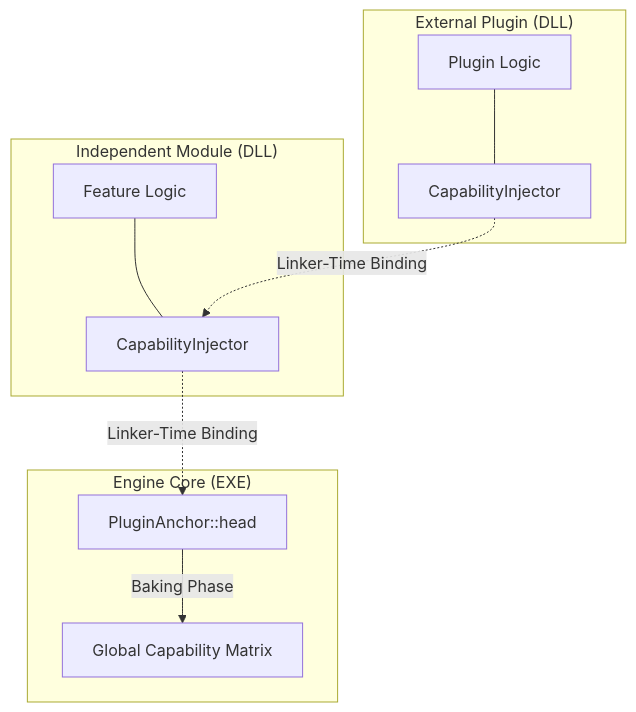
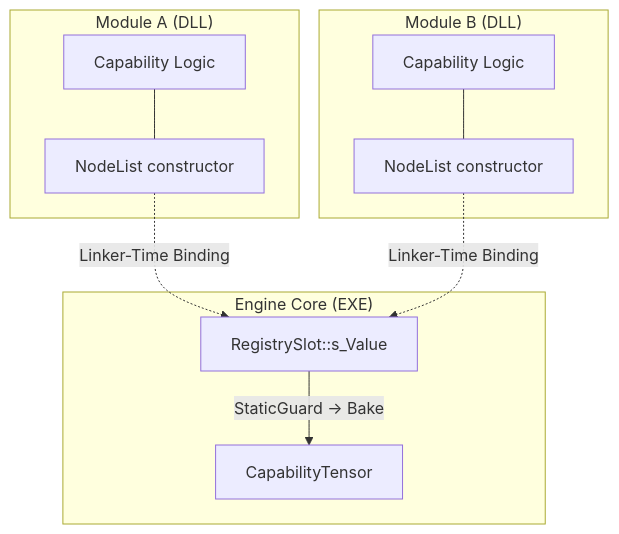
The first of 2 diagrams in README.md (CT-74/CapabilityReconstructionGraph), drawn with Mermaid before and after one commit. The commit also changed other lines of this file and 29 other files, not shown here.

````diff
--- a/README.md
+++ b/README.md
@@ -11,16 +43,16 @@
 ```mermaid
 graph TD
     subgraph "Engine Core (EXE)"
-        A[PluginAnchor::head] -->|Baking Phase| B[Global Capability Matrix]
+        A["RegistrySlot::s_Value"] -->|"StaticGuard → Bake"| B["CapabilityTensor"]
     end
 
-    subgraph "Independent Module (DLL)"
-        C[CapabilityInjector] -.->|Linker-Time Binding| A
-        D[Feature Logic] --- C
+    subgraph "Module A (DLL)"
+        C["NodeList constructor"] -.->|"Linker-Time Binding"| A
+        D["Capability Logic"] --- C
     end
 
-    subgraph "External Plugin (DLL)"
-        E[CapabilityInjector] -.->|Linker-Time Binding| C
-        F[Plugin Logic] --- E
+    subgraph "Module B (DLL)"
+        E["NodeList constructor"] -.->|"Linker-Time Binding"| A
+        F["Capability Logic"] --- E
     end
 ```
````
